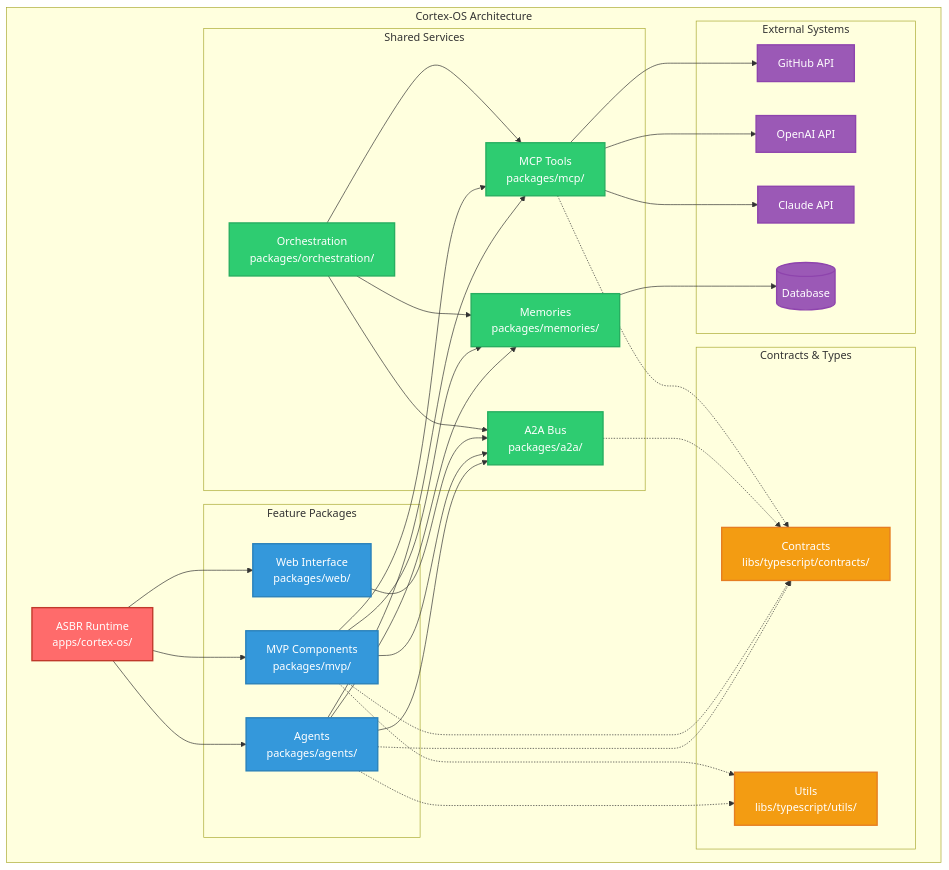
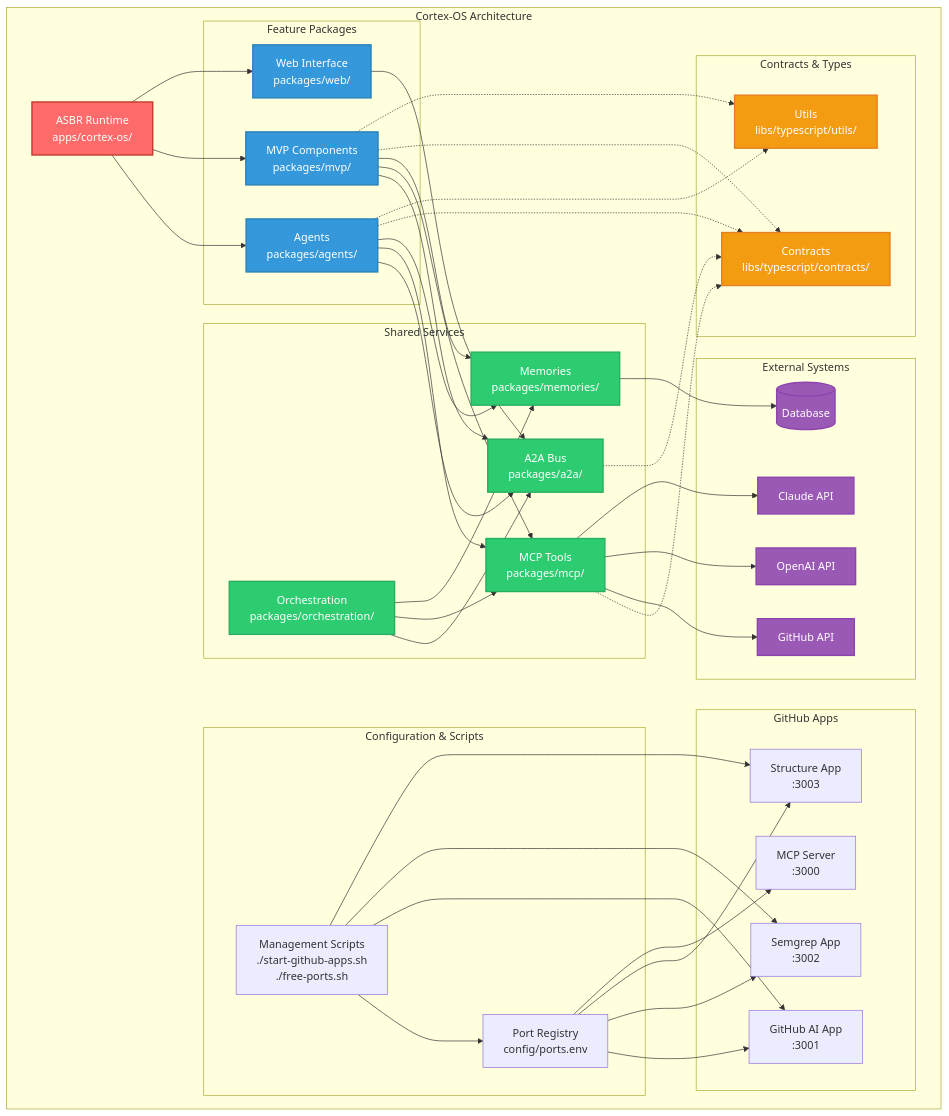
The diagram in docs/architecture.md (jscraik/Cortex-OS), drawn with Mermaid before and after one commit. The commit also changed other lines of this file and 48 other files, not shown here.

```diff
--- a/docs/architecture.md
+++ b/docs/architecture.md
@@ -16,6 +16,18 @@
             MCP[MCP Tools<br/>packages/mcp/]
             MEM[Memories<br/>packages/memories/]
             ORCH[Orchestration<br/>packages/orchestration/]
+        end
+
+        subgraph "Configuration & Scripts"
+            CONFIG[Port Registry<br/>config/ports.env]
+            SCRIPTS[Management Scripts<br/>./start-github-apps.sh<br/>./free-ports.sh]
+        end
+
+        subgraph "GitHub Apps"
+            GITHUB_AI[GitHub AI App<br/>:3001]
+            SEMGREP[Semgrep App<br/>:3002]
+            STRUCTURE[Structure App<br/>:3003]
+            MCP_SRV[MCP Server<br/>:3000]
         end
 
         subgraph "Contracts & Types"
@@ -48,6 +60,17 @@
     MVP --> MEM
 
     ORCH --> A2A
+
+    %% Configuration connections
+    CONFIG --> GITHUB_AI
+    CONFIG --> SEMGREP
+    CONFIG --> STRUCTURE
+    CONFIG --> MCP_SRV
+    
+    SCRIPTS --> CONFIG
+    SCRIPTS --> GITHUB_AI
+    SCRIPTS --> SEMGREP
+    SCRIPTS --> STRUCTURE
     ORCH --> MCP
     ORCH --> MEM
 
```
